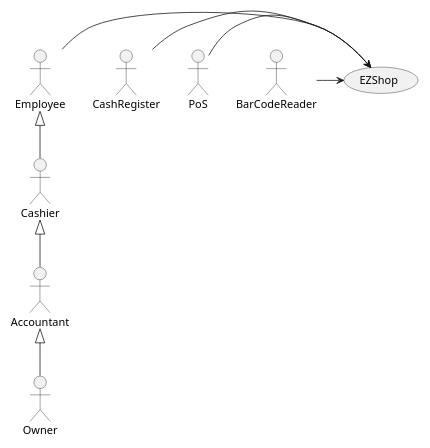
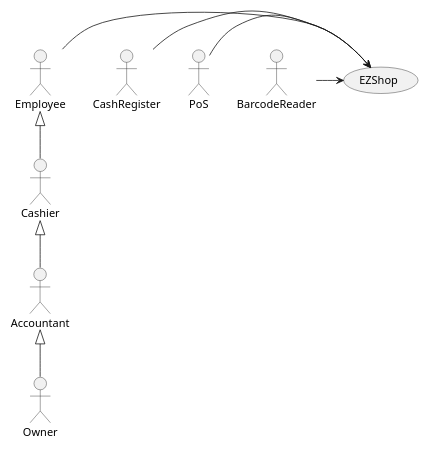
One commit to djemar/softeng_ezshop changed the first of 6 diagrams in Deliverables/RequirementsDocument.md. Above: the diagram before and after it, drawn with PlantUML. The commit also changed other lines of this file, not shown here.

````diff
--- a/Deliverables/RequirementsDocument.md
+++ b/Deliverables/RequirementsDocument.md
@@ -77,19 +74,19 @@
 ```plantuml
 scale 400 width
 top to bottom direction
 actor Owner as o
 actor Employee as e
 actor CashRegister as cr
 actor Accountant as acc
 actor Cashier as cas
 actor PoS as pos
-actor BarCodeReader as br
+actor BarcodeReader as br
 
 o -up-|> acc
 cas -up-|> e
 acc -up-|> cas
 e -> (EZShop)
 cr -> (EZShop)
 pos -> (EZShop)
 br -> (EZShop)
 ```
````
